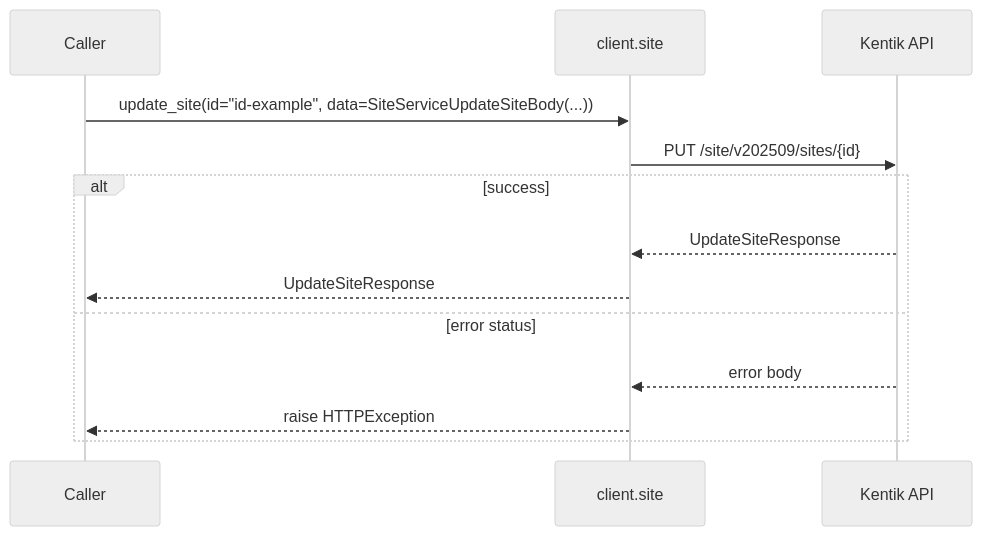
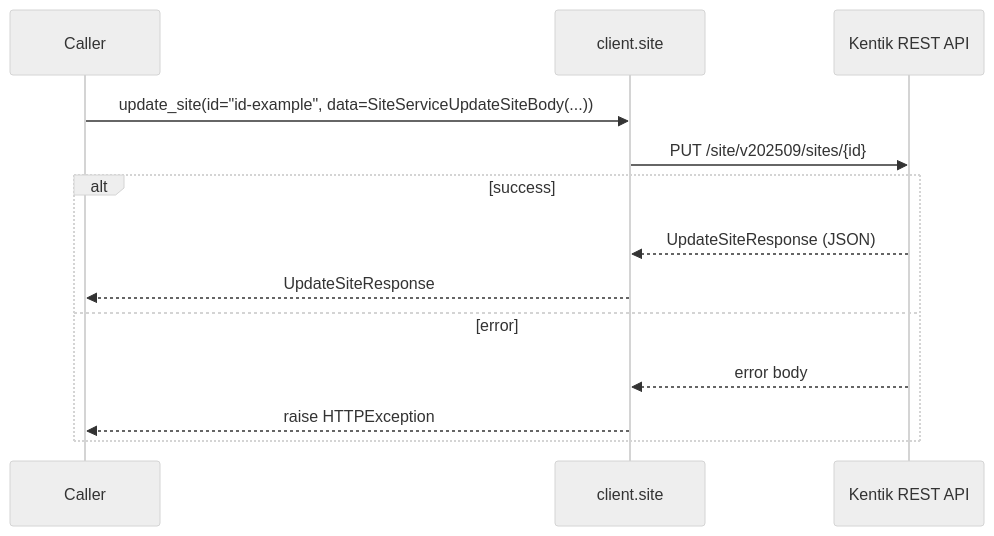
Before and after one commit to alexdearaujo/community_sdk_python: diagram 18 of 22 in docs/sphinx/services/site.md, drawn with Mermaid (neutral theme). The commit also changed other lines of this file and 61 other files, not shown here.

````diff
--- a/docs/sphinx/services/site.md
+++ b/docs/sphinx/services/site.md
@@ -419,16 +621,16 @@
 ```mermaid
 sequenceDiagram
     participant C as Caller
     participant W as client.site
-    participant API as Kentik API
+    participant API as Kentik REST API
 
     C->>W: update_site(id="id-example", data=SiteServiceUpdateSiteBody(...))
     W->>API: PUT /site/v202509/sites/{id}
     alt success
-        API-->>W: UpdateSiteResponse
+        API-->>W: UpdateSiteResponse (JSON)
         W-->>C: UpdateSiteResponse
-    else error status
+    else error
         API-->>W: error body
         W-->>C: raise HTTPException
     end
 ```
````
